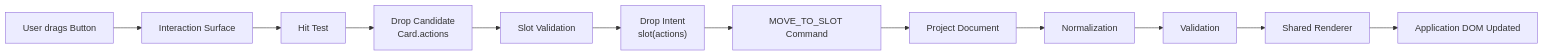
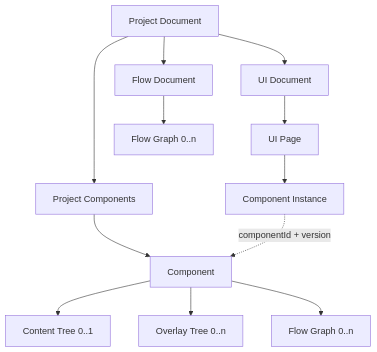
The sixth of 11 diagrams in docs/architecture/03-technology-and-system-architecture.md (northwest-hcu/FlagShip), drawn with Mermaid before and after one commit. The commit also changed other lines of this file and 11 other files, not shown here.

Commit message:
docs: align architecture with component ownership model

````diff
--- a/docs/architecture/03-technology-and-system-architecture.md
+++ b/docs/architecture/03-technology-and-system-architecture.md
@@ -707,14 +201,22 @@
 ```mermaid
-flowchart LR
-    Drag["User drags Button"] --> Surface["Interaction Surface"]
-    Surface --> HitTest["Hit Test"]
-    HitTest --> Candidate["Drop Candidate<br/>Card.actions"]
-    Candidate --> SlotValidation["Slot Validation"]
-    SlotValidation --> Intent["Drop Intent<br/>slot(actions)"]
-    Intent --> Command["MOVE_TO_SLOT Command"]
-    Command --> Project["Project Document"]
-    Project --> Normalize["Normalization"]
-    Normalize --> Validate["Validation"]
-    Validate --> Renderer["Shared Renderer"]
-    Renderer --> DOM["Application DOM Updated"]
+flowchart TB
+    Project["Project Document"]
+    UIDoc["UI Document"]
+    Page["UI Page"]
+    Instance["Component Instance"]
+    Components["Project Components"]
+    Component["Component"]
+    Content["Content Tree 0..1"]
+    Overlay["Overlay Tree 0..n"]
+    ComponentFlow["Flow Graph 0..n"]
+    FlowDoc["Flow Document"]
+    ProjectFlow["Flow Graph 0..n"]
+
+    Project --> UIDoc --> Page --> Instance
+    Project --> Components --> Component
+    Component --> Content
+    Component --> Overlay
+    Component --> ComponentFlow
+    Project --> FlowDoc --> ProjectFlow
+    Instance -.->|"componentId + version"| Component
 ```
````
